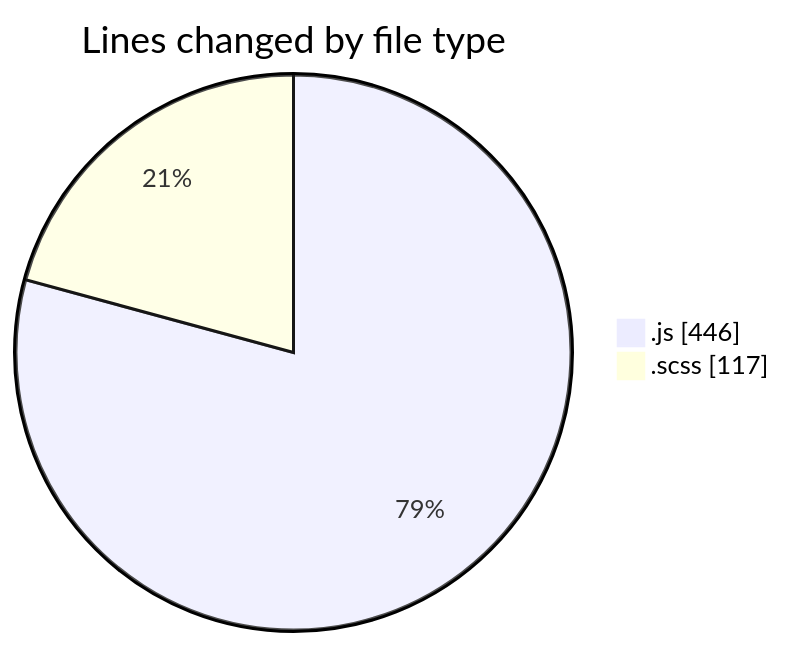
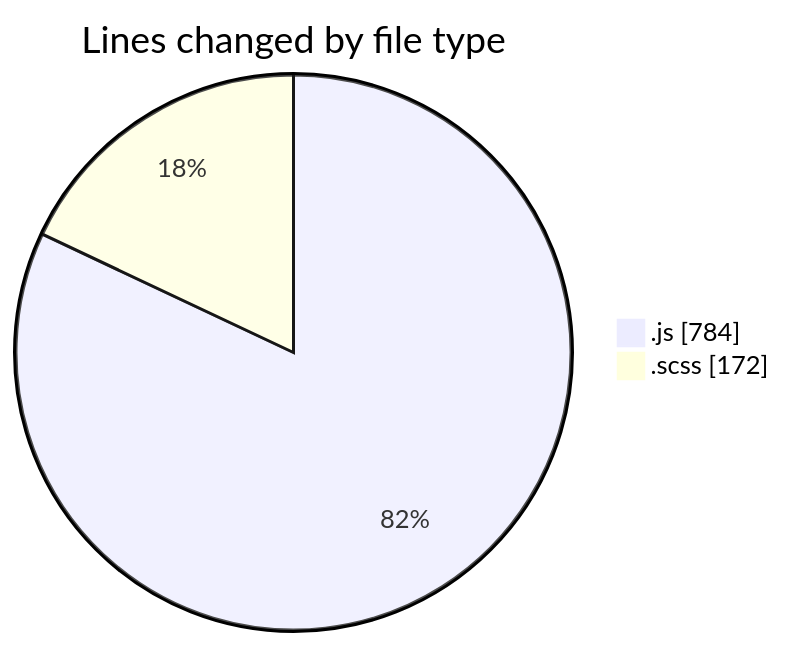
The first of 2 diagrams in 2026-01-05/cda/README.md (momahboobian/code-tracking), drawn with Mermaid before and after one commit. The commit also changed other lines of this file and 1 other file, not shown here.

````diff
--- a/2026-01-05/cda/README.md
+++ b/2026-01-05/cda/README.md
@@ -25,6 +25,6 @@
 ```mermaid
 pie showData
 title Lines changed by file type
-".js" : 446
-".scss" : 117
+".js" : 784
+".scss" : 172
 ```
````
